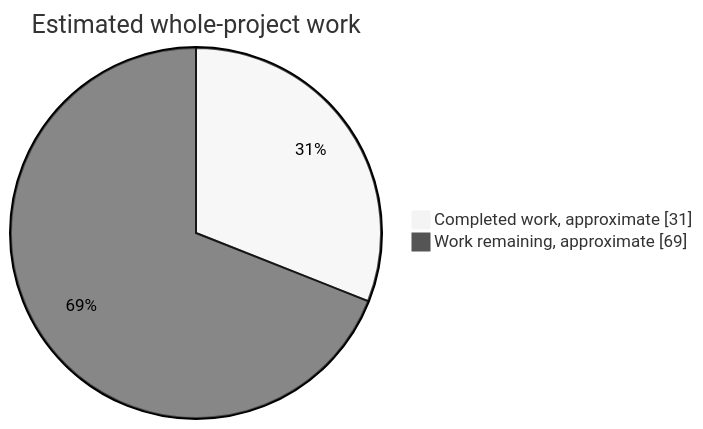
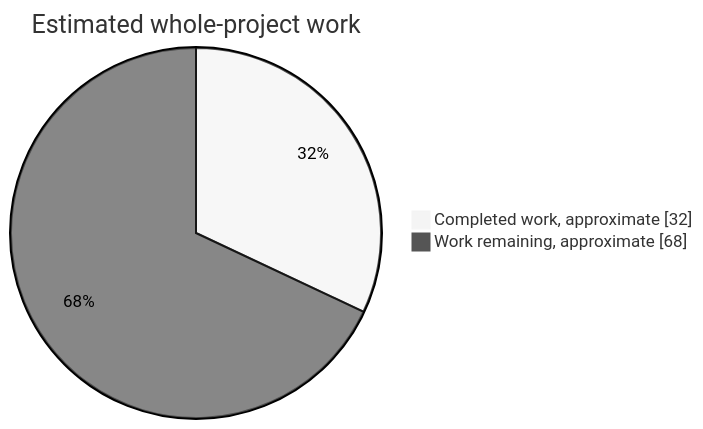
The first of 2 diagrams in readme.md (NachtRaveVL/stuntracefx), drawn with Mermaid (neutral theme) before and after one commit. The commit also changed other lines of this file and 7 other files, not shown here.

````diff
--- a/readme.md
+++ b/readme.md
@@ -56,6 +56,6 @@
 ```mermaid
 pie showData
     title Estimated whole-project work
-    "Completed work, approximate" : 31
-    "Work remaining, approximate" : 69
+    "Completed work, approximate" : 32
+    "Work remaining, approximate" : 68
 ```
````
